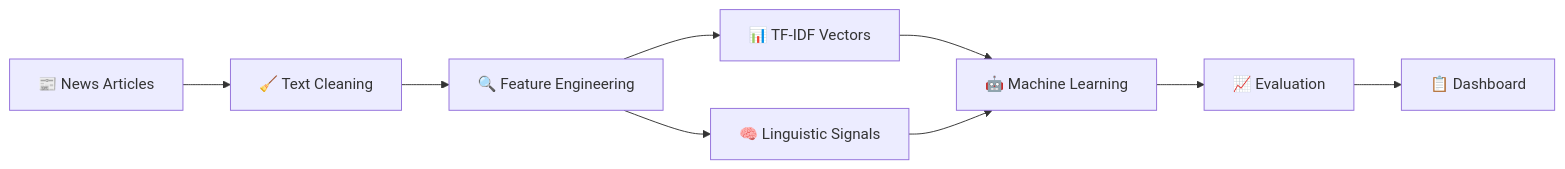
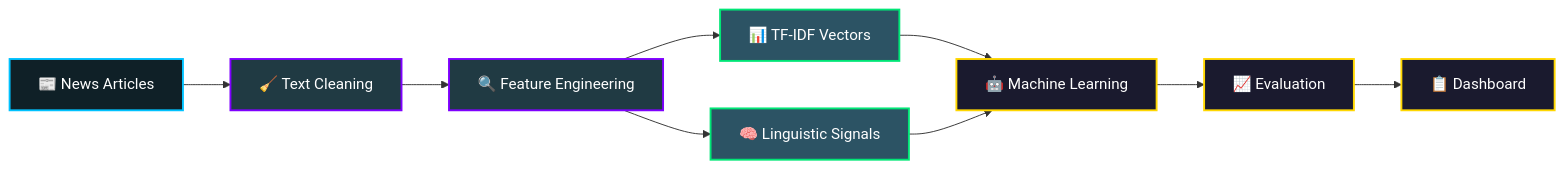
The diagram in README.md (Akash22-11/PROMPTING-ANALYSIS), drawn with Mermaid before and after one commit. The commit also changed other lines of this file, not shown here.

````diff
--- a/README.md
+++ b/README.md
@@ -38,20 +55,22 @@
 ```mermaid
 flowchart LR
 
-A[📰 News Articles]
---> B[🧹 Text Cleaning]
+A[📰 News Articles] --> B[🧹 Text Cleaning]
+B --> C[🔍 Feature Engineering]
+C --> D[📊 TF-IDF Vectors]
+C --> E[🧠 Linguistic Signals]
+D --> F[🤖 Machine Learning]
+E --> F
+F --> G[📈 Evaluation]
+G --> H[📋 Dashboard]
 
-B --> C[🔍 Feature Engineering]
+classDef input fill:#0F2027,stroke:#00C2FF,stroke-width:2px,color:#fff
+classDef process fill:#203A43,stroke:#7F00FF,stroke-width:2px,color:#fff
+classDef feature fill:#2C5364,stroke:#00E676,stroke-width:2px,color:#fff
+classDef output fill:#1A1A2E,stroke:#FFD700,stroke-width:2px,color:#fff
 
-C --> D[📊 TF-IDF Vectors]
-
-C --> E[🧠 Linguistic Signals]
-
-D --> F[🤖 Machine Learning]
-
-E --> F
-
-F --> G[📈 Evaluation]
-
-G --> H[📋 Dashboard]
+class A input
+class B,C process
+class D,E feature
+class F,G,H output
 ```
````
